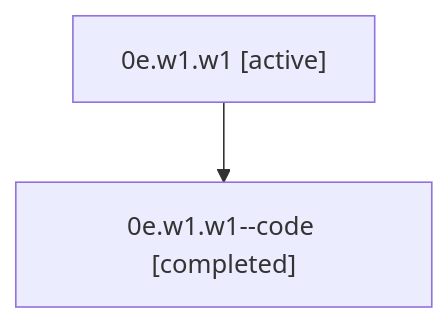
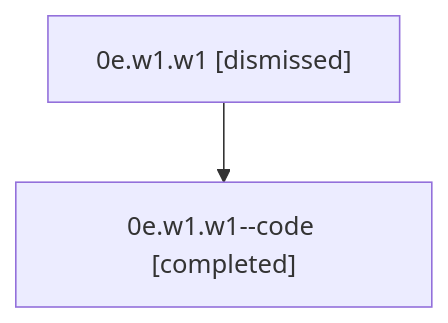
Before and after one commit to sase-org/sase--agents: the diagram in sessions/bbugyi200.athena.0e.w1.w1.md, drawn with Mermaid. The commit also changed other lines of this file and 49 other files, not shown here.

````diff
--- a/sessions/bbugyi200.athena.0e.w1.w1.md
+++ b/sessions/bbugyi200.athena.0e.w1.w1.md
@@ -9,6 +9,6 @@
 ```mermaid
 flowchart TD
-  n0["0e.w1.w1 [active]"]
+  n0["0e.w1.w1 [dismissed]"]
   n1["0e.w1.w1--code [completed]"]
   n0 --> n1
 ```
````
